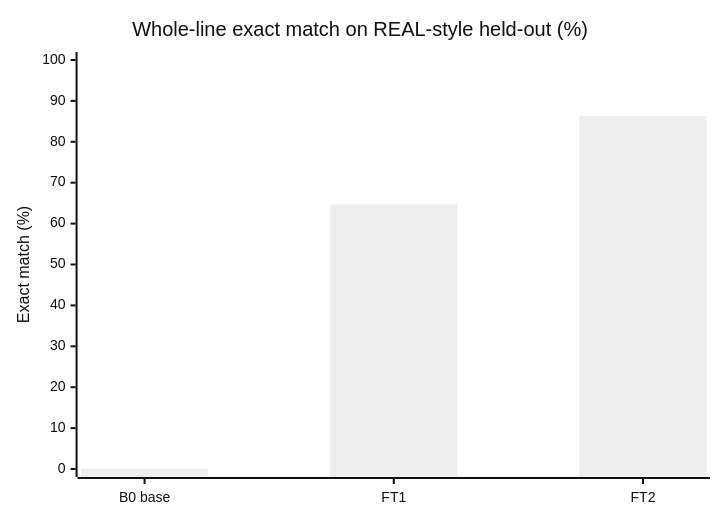
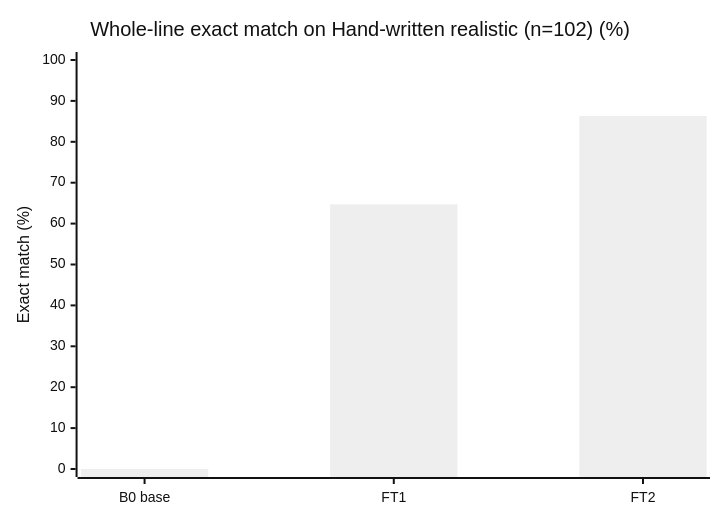
One commit to Vedant817/aaji-pill-clerk changed the first of 4 diagrams in eval/results.md. Above: the diagram before and after it, drawn with Mermaid (neutral theme). The commit also changed other lines of this file and 25 other files, not shown here.

First line of the commit message:
drop DigitalOcean; relabel hand-written realistic set

````diff
--- a/eval/results.md
+++ b/eval/results.md
@@ -94,7 +96,7 @@
 ```mermaid
 xychart-beta
-    title "Whole-line exact match on REAL-style held-out (%)"
+    title "Whole-line exact match on Hand-written realistic (n=102) (%)"
     x-axis ["B0 base", "FT1", "FT2"]
     y-axis "Exact match (%)" 0 --> 100
     bar [0, 64.7, 86.3]
 ```
````
